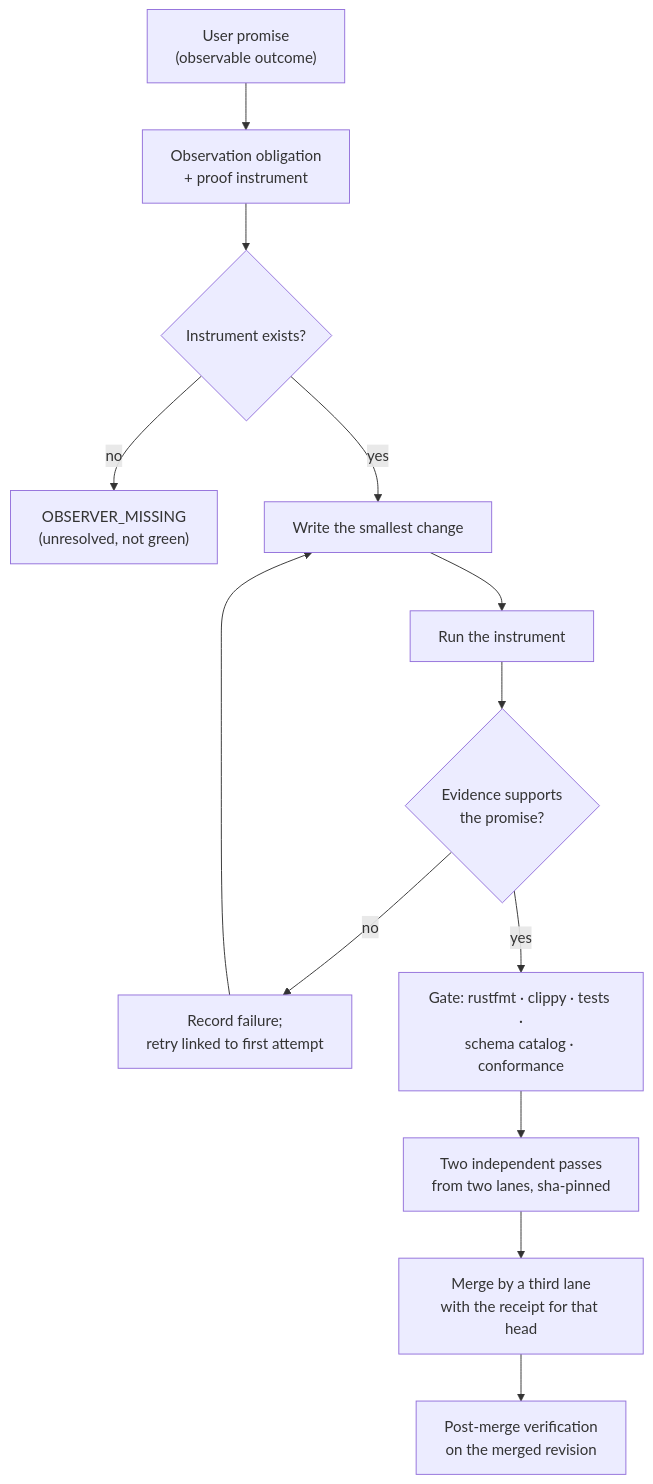
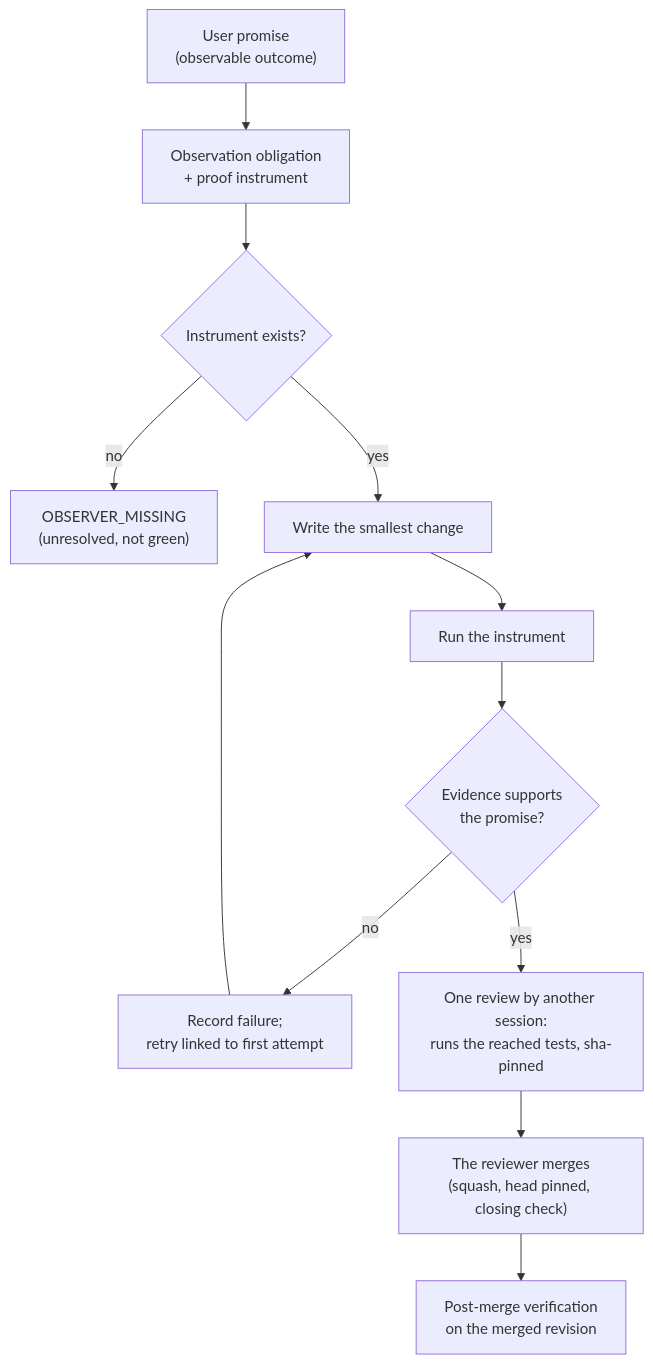
One commit to stabem/GraphHelm changed the second of 3 diagrams in README.md. Above: the diagram before and after it, drawn with Mermaid. The commit also changed other lines of this file and 115 other files, not shown here.

First line of the commit message:
chore(process): GraphHelm + Keel only -- retire the .factory and superpowers protocol (#1264)

````diff
--- a/README.md
+++ b/README.md
@@ -113,15 +113,14 @@
 ```mermaid
 flowchart TD
   P["User promise<br/>(observable outcome)"] --> O["Observation obligation<br/>+ proof instrument"]
   O --> Q{"Instrument exists?"}
   Q -->|no| OM["OBSERVER_MISSING<br/>(unresolved, not green)"]
   Q -->|yes| W["Write the smallest change"]
   W --> R["Run the instrument"]
   R --> E{"Evidence supports<br/>the promise?"}
   E -->|no| RT["Record failure;<br/>retry linked to first attempt"]
   RT --> W
-  E -->|yes| G["Gate: rustfmt · clippy · tests ·<br/>schema catalog · conformance"]
-  G --> PR["Two independent passes<br/>from two lanes, sha-pinned"]
-  PR --> MG["Merge by a third lane<br/>with the receipt for that head"]
+  E -->|yes| PR["One review by another session:<br/>runs the reached tests, sha-pinned"]
+  PR --> MG["The reviewer merges<br/>(squash, head pinned, closing check)"]
   MG --> V["Post-merge verification<br/>on the merged revision"]
 ```
````
